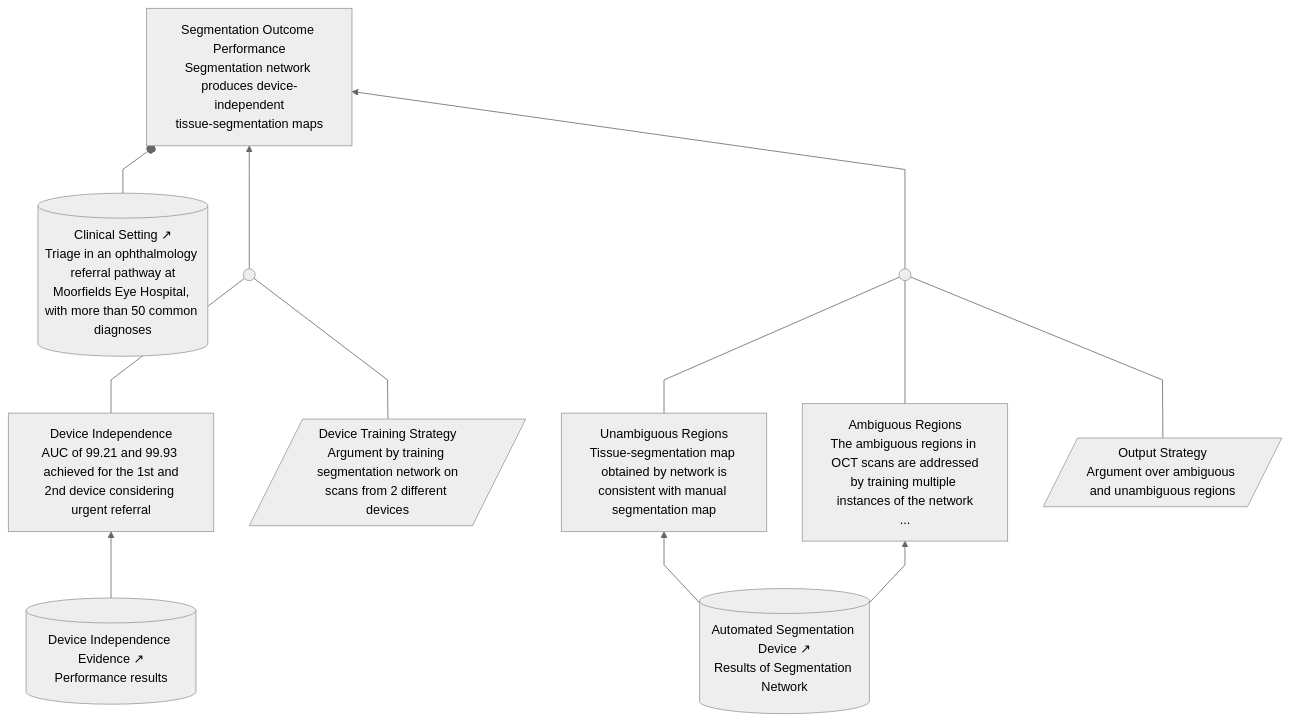
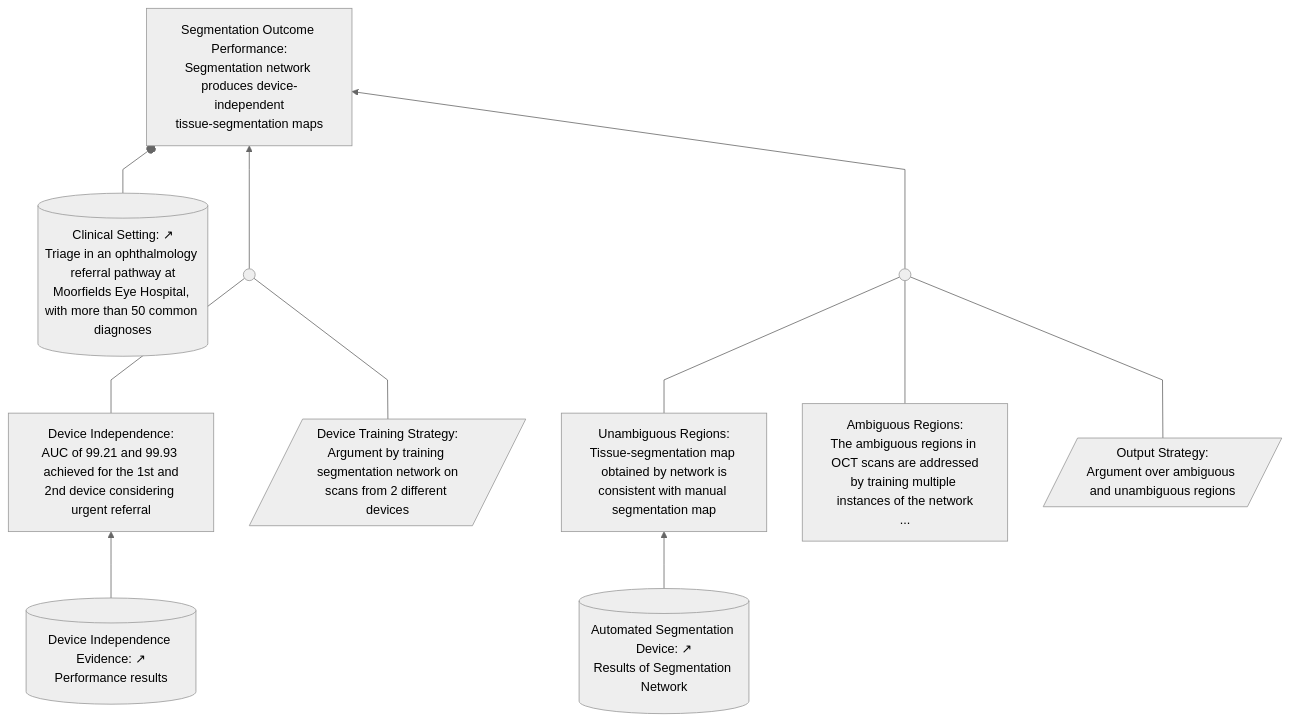
Diagram 23 of 23 in docs/sacm-mermaid.md (coreinfrastructure/best-practices-badge), drawn with Mermaid before and after one commit. The commit also changed other lines of this file, not shown here.

Commit message:
Fix Figure 8 node label format: colon after displayed name
Each node label now follows the convention of 'DisplayedName: description'
(colon separates the name from its description). The internal Mermaid
handles (SOP, CS, DTS, etc.) are not echoed in the label — only the
full multi-word displayed name is shown, matching the original figure.

````diff
--- a/docs/sacm-mermaid.md
+++ b/docs/sacm-mermaid.md
@@ -1199,36 +1198,35 @@
 ```mermaid
 ---
 config:
   theme: neutral
   flowchart:
     curve: linear
     htmlLabels: true
     rankSpacing: 60
     nodeSpacing: 45
     padding: 15
 ---
 flowchart BT
-    SOP["Segmentation Outcome Performance<br/>Segmentation network produces device-independent<br/>tissue-segmentation maps"]
-    CS[("Clinical Setting ↗<br/>Triage in an ophthalmology referral pathway at<br/>Moorfields Eye Hospital, with more than 50 common diagnoses")]
-    DTS[/"Device Training Strategy<br/>Argument by training segmentation network on<br/>scans from 2 different devices"/]
-    OS[/"Output Strategy<br/>Argument over ambiguous and unambiguous regions"/]
-    DI["Device Independence<br/>AUC of 99.21 and 99.93 achieved for the 1st and<br/>2nd device considering urgent referral"]
-    UR["Unambiguous Regions<br/>Tissue-segmentation map obtained by network is<br/>consistent with manual segmentation map"]
-    AR["Ambiguous Regions<br/>The ambiguous regions in OCT scans are addressed<br/>by training multiple instances of the network<br/>..."]
-    DIE[("Device Independence Evidence ↗<br/>Performance results")]
-    ASD[("Automated Segmentation Device ↗<br/>Results of Segmentation Network")]
+    SOP["Segmentation Outcome Performance:<br/>Segmentation network produces device-independent<br/>tissue-segmentation maps"]
+    CS[("Clinical Setting: ↗<br/>Triage in an ophthalmology referral pathway at<br/>Moorfields Eye Hospital, with more than 50 common diagnoses")]
+    DTS[/"Device Training Strategy:<br/>Argument by training segmentation network on<br/>scans from 2 different devices"/]
+    OS[/"Output Strategy:<br/>Argument over ambiguous and unambiguous regions"/]
+    DI["Device Independence:<br/>AUC of 99.21 and 99.93 achieved for the 1st and<br/>2nd device considering urgent referral"]
+    UR["Unambiguous Regions:<br/>Tissue-segmentation map obtained by network is<br/>consistent with manual segmentation map"]
+    AR["Ambiguous Regions:<br/>The ambiguous regions in OCT scans are addressed<br/>by training multiple instances of the network<br/>..."]
+    DIE[("Device Independence Evidence: ↗<br/>Performance results")]
+    ASD[("Automated Segmentation Device: ↗<br/>Results of Segmentation Network")]
     Inf1((" "))
     Inf2((" "))
 
     CS --o SOP
     DI --- Inf1
     DTS --- Inf1
     Inf1 --> SOP
     UR --- Inf2
     AR --- Inf2
     OS --- Inf2
     Inf2 --> SOP
     DIE --> DI
     ASD --> UR
-    ASD --> AR
 ```
````
